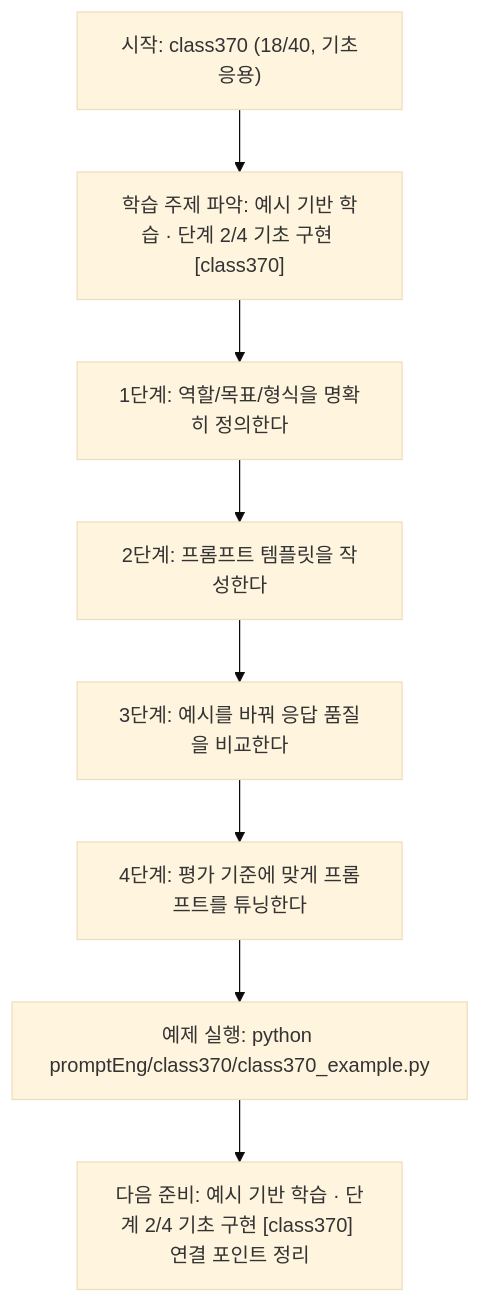
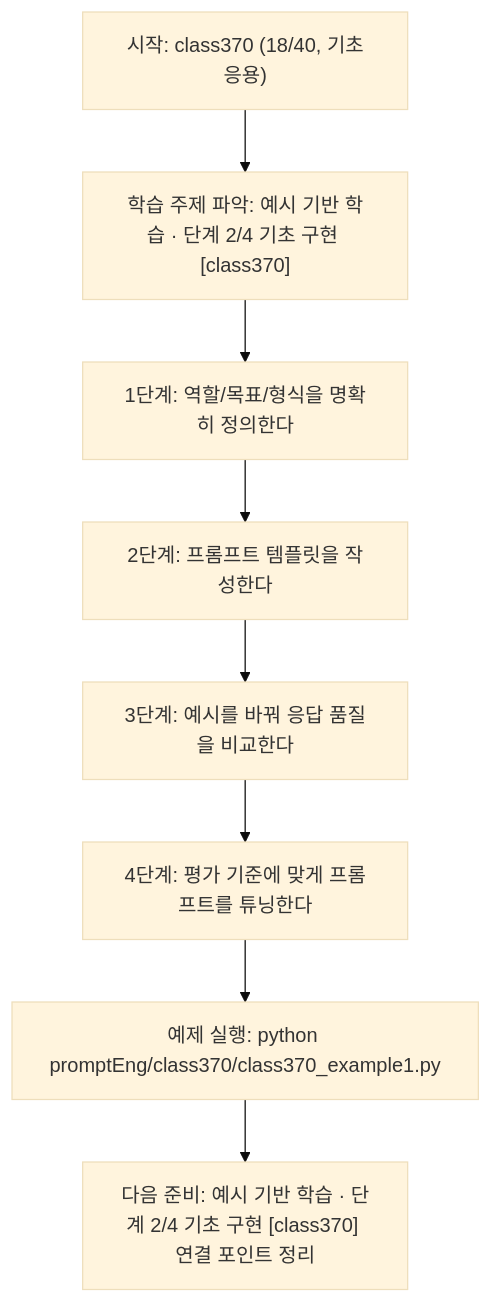
The diagram in promptEng/class370/class370.md (edumgt/Python-AI_Agent-Class), drawn with Mermaid (base theme) before and after one commit. The commit also changed other lines of this file and 2959 other files, not shown here.

````diff
--- a/promptEng/class370/class370.md
+++ b/promptEng/class370/class370.md
@@ -110,18 +110,18 @@
 ```mermaid
 flowchart TD
 N1["시작: class370 (18/40, 기초응용)"]
 N2["학습 주제 파악: 예시 기반 학습 · 단계 2/4 기초 구현 [class370]"]
 N3["1단계: 역할/목표/형식을 명확히 정의한다"]
 N4["2단계: 프롬프트 템플릿을 작성한다"]
 N5["3단계: 예시를 바꿔 응답 품질을 비교한다"]
 N6["4단계: 평가 기준에 맞게 프롬프트를 튜닝한다"]
-N7["예제 실행: python promptEng/class370/class370_example.py"]
+N7["예제 실행: python promptEng/class370/class370_example1.py"]
 N8["다음 준비: 예시 기반 학습 · 단계 2/4 기초 구현 [class370] 연결 포인트 정리"]
 N1 --> N2
 N2 --> N3
 N3 --> N4
 N4 --> N5
 N5 --> N6
 N6 --> N7
 N7 --> N8
 ```
````
